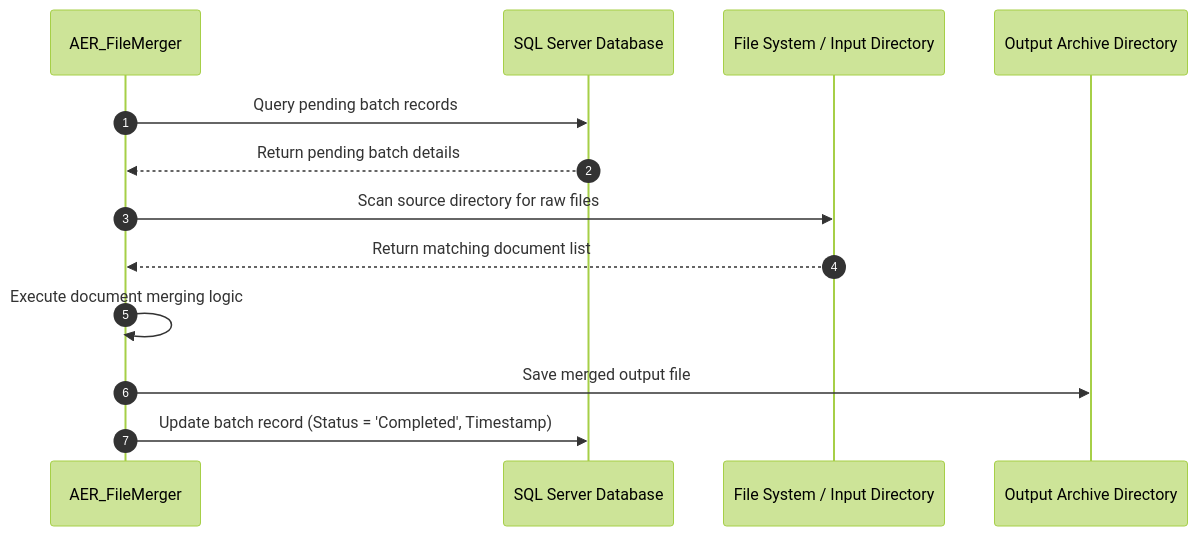
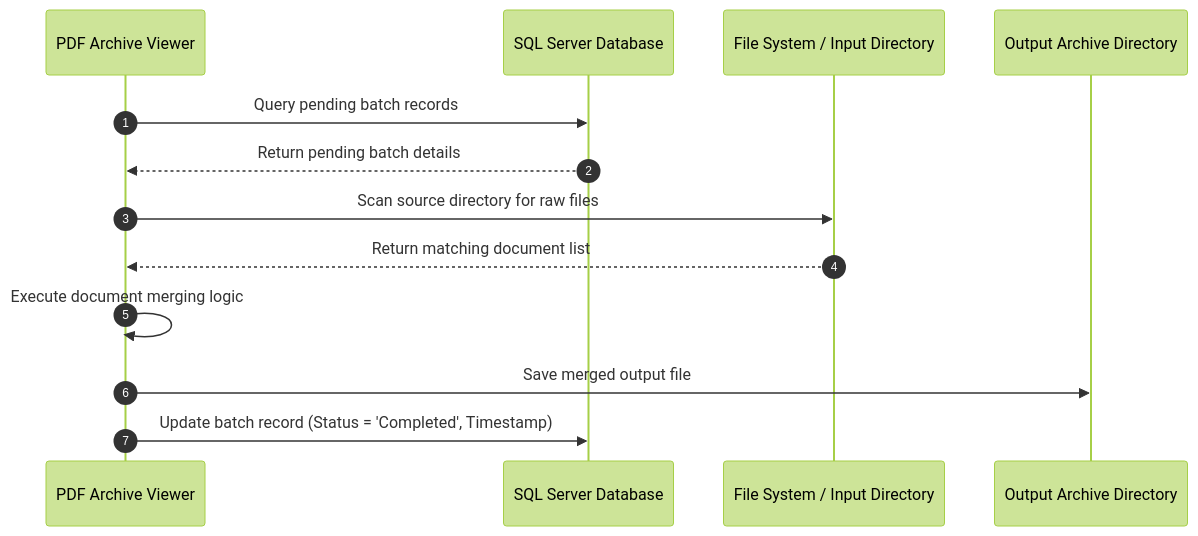
Before and after one commit to abimbkenny/PdfArchiveViewer2: the second of 2 diagrams in readme.md, drawn with Mermaid (forest theme). The commit also changed other lines of this file, not shown here.

Commit message:
Rename project  to PDF Archive Viewer

````diff
--- a/readme.md
+++ b/readme.md
@@ -55,16 +55,16 @@
 ```mermaid
 sequenceDiagram
     autonumber
-    participant App as AER_FileMerger
+    participant App as PDF Archive Viewer
     participant DB as SQL Server Database
     participant FS as File System / Input Directory
     participant Out as Output Archive Directory
 
     App->>DB: Query pending batch records
     DB-->>App: Return pending batch details
     App->>FS: Scan source directory for raw files
     FS-->>App: Return matching document list
     App->>App: Execute document merging logic
     App->>Out: Save merged output file
     App->>DB: Update batch record (Status = 'Completed', Timestamp)
 ```
````
